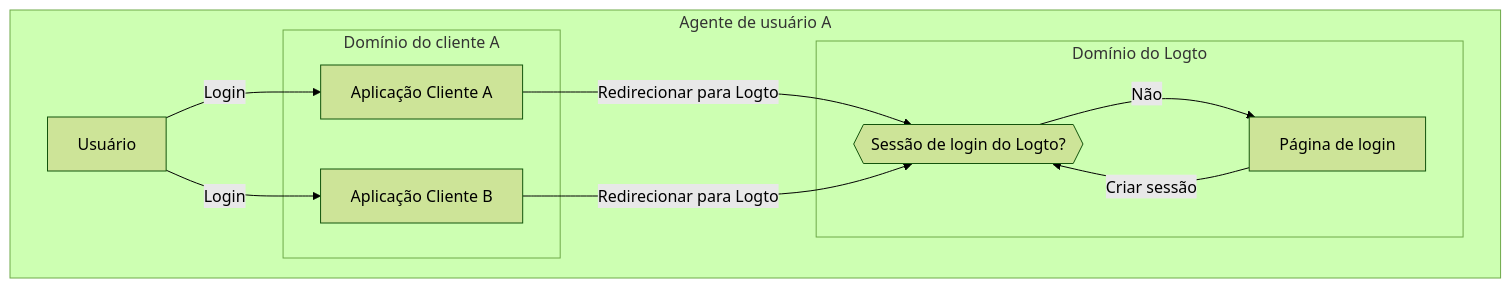
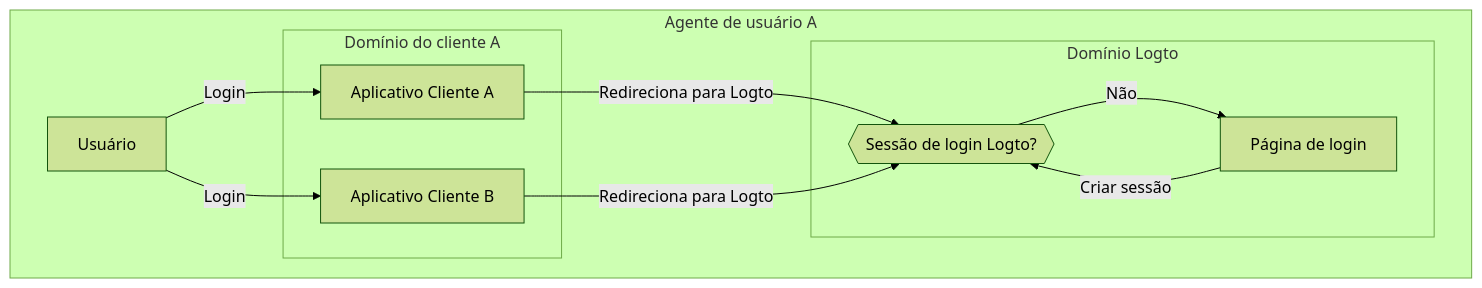
The second of 3 diagrams in i18n/pt-BR/docusaurus-plugin-content-docs/current/end-user-flows/sign-out.mdx (logto-io/docs), drawn with Mermaid (forest theme) before and after one commit. The commit also changed other lines of this file and 162 other files, not shown here.

````diff
--- a/i18n/pt-BR/docusaurus-plugin-content-docs/current/end-user-flows/sign-out.mdx
+++ b/i18n/pt-BR/docusaurus-plugin-content-docs/current/end-user-flows/sign-out.mdx
@@ -59,26 +59,26 @@
    ```mermaid
     flowchart TD
     subgraph User [Agente de usuário A]
       U[Usuário]
 
       subgraph Layer1 [Domínio do cliente A]
-        A[Aplicação Cliente A]
+        A[Aplicativo Cliente A]
       end
 
       subgraph Layer1 [Domínio do cliente B]
-        B[Aplicação Cliente B]
+        B[Aplicativo Cliente B]
       end
 
-      subgraph Layer2 [Domínio do Logto]
-          C{{Sessão de login do Logto?}}
+      subgraph Layer2 [Domínio Logto]
+          C{{Sessão de login Logto?}}
           D[Página de login]
       end
     end
 
     U --> |Login| A
-    A --> |Redirecionar para Logto| C
+    A --> |Redireciona para Logto| C
     U --> |Login| B
-    B --> |Redirecionar para Logto| C
+    B --> |Redireciona para Logto| C
     C --> |Não| D
     D --> |Criar sessão| C
    ```
````
